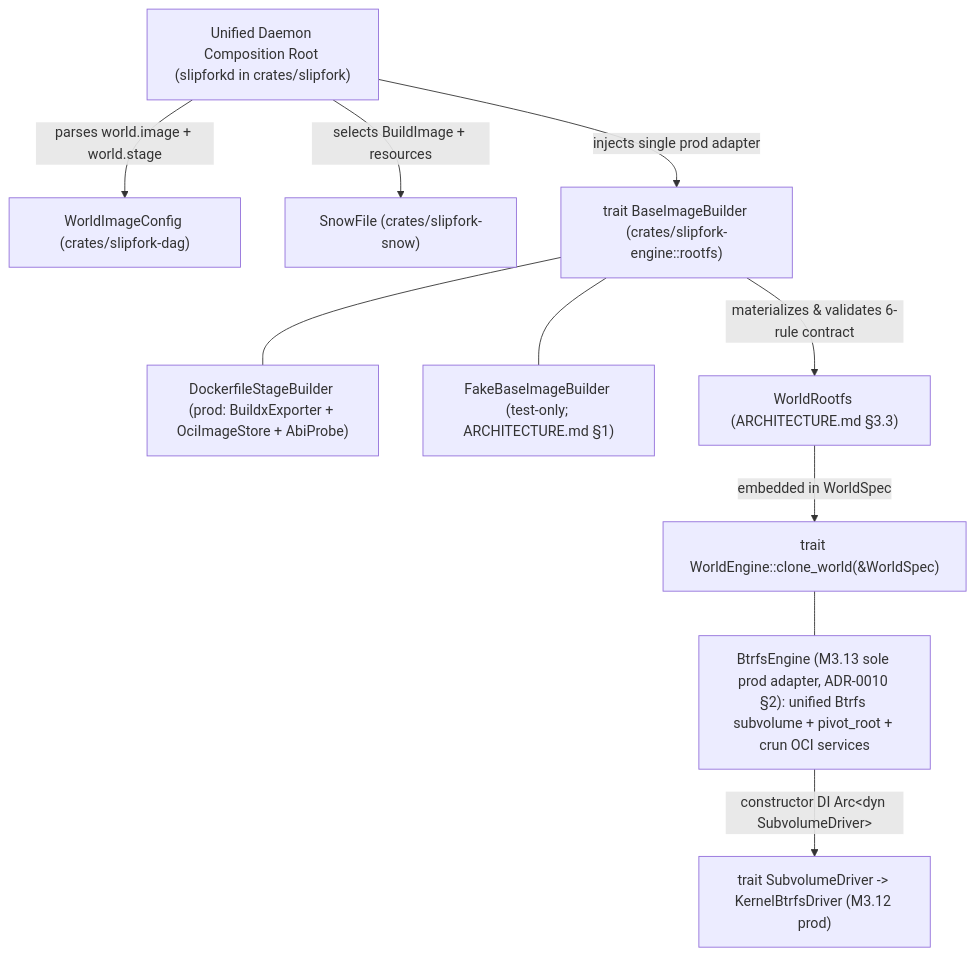
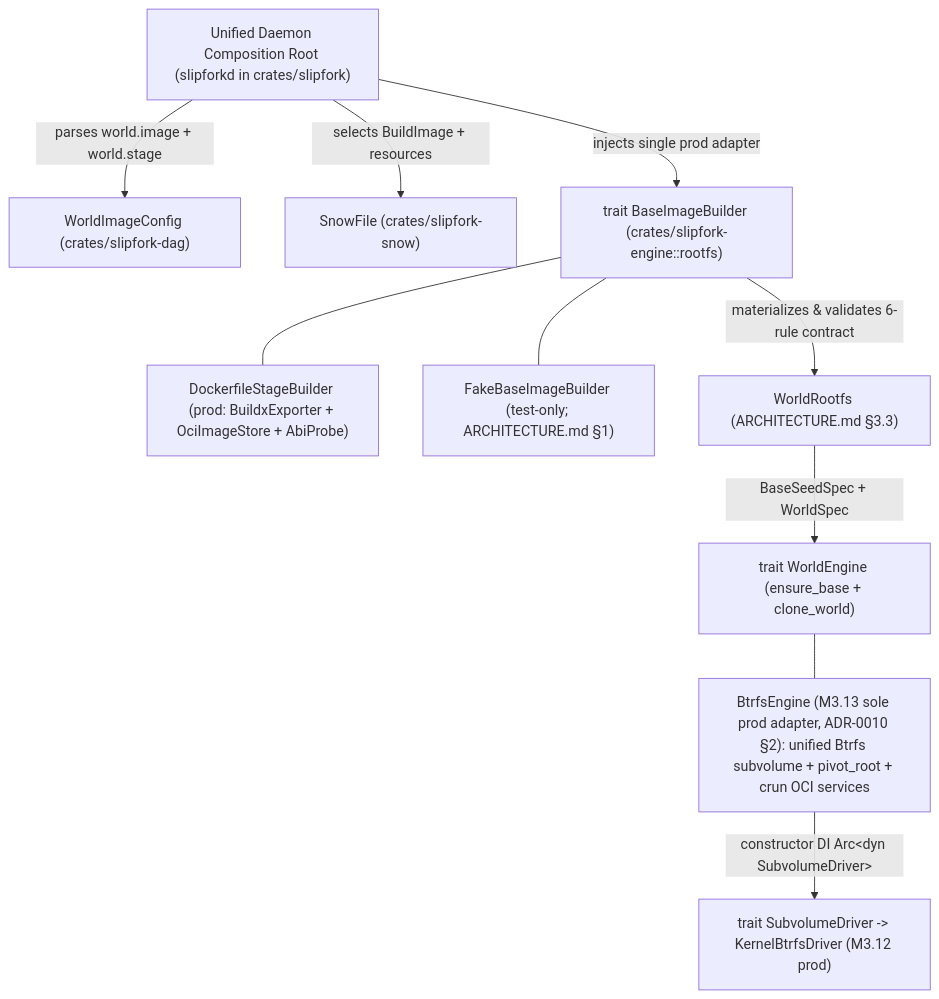
The diagram in docs/decisions/ADR-0009-world-base-image-and-image-contract.md (OffworldNexus/slipfork), drawn with Mermaid before and after one commit. The commit also changed other lines of this file and 20 other files, not shown here.

````diff
--- a/docs/decisions/ADR-0009-world-base-image-and-image-contract.md
+++ b/docs/decisions/ADR-0009-world-base-image-and-image-contract.md
@@ -35,13 +36,13 @@
 ```mermaid
 flowchart TD
   CR["Unified Daemon Composition Root (slipforkd in crates/slipfork)"]
   CR -->|parses world.image + world.stage| WC["WorldImageConfig (crates/slipfork-dag)"]
   CR -->|selects BuildImage + resources| SF["SnowFile (crates/slipfork-snow)"]
   CR -->|injects single prod adapter| BIB["trait BaseImageBuilder (crates/slipfork-engine::rootfs)"]
   BIB --- DSB["DockerfileStageBuilder (prod: BuildxExporter + OciImageStore + AbiProbe)"]
   BIB --- FBB["FakeBaseImageBuilder (test-only; ARCHITECTURE.md §1)"]
   BIB -->|materializes & validates 6-rule contract| WR["WorldRootfs (ARCHITECTURE.md §3.3)"]
-  WR -->|embedded in WorldSpec| WE["trait WorldEngine::clone_world(&WorldSpec)"]
+  WR -->|BaseSeedSpec + WorldSpec| WE["trait WorldEngine (ensure_base + clone_world)"]
   WE --- BE["BtrfsEngine (M3.13 sole prod adapter, ADR-0010 §2): unified Btrfs subvolume + pivot_root + crun OCI services"]
   BE -->|constructor DI Arc&lt;dyn SubvolumeDriver&gt;| SD["trait SubvolumeDriver -> KernelBtrfsDriver (M3.12 prod)"]
 ```
````
